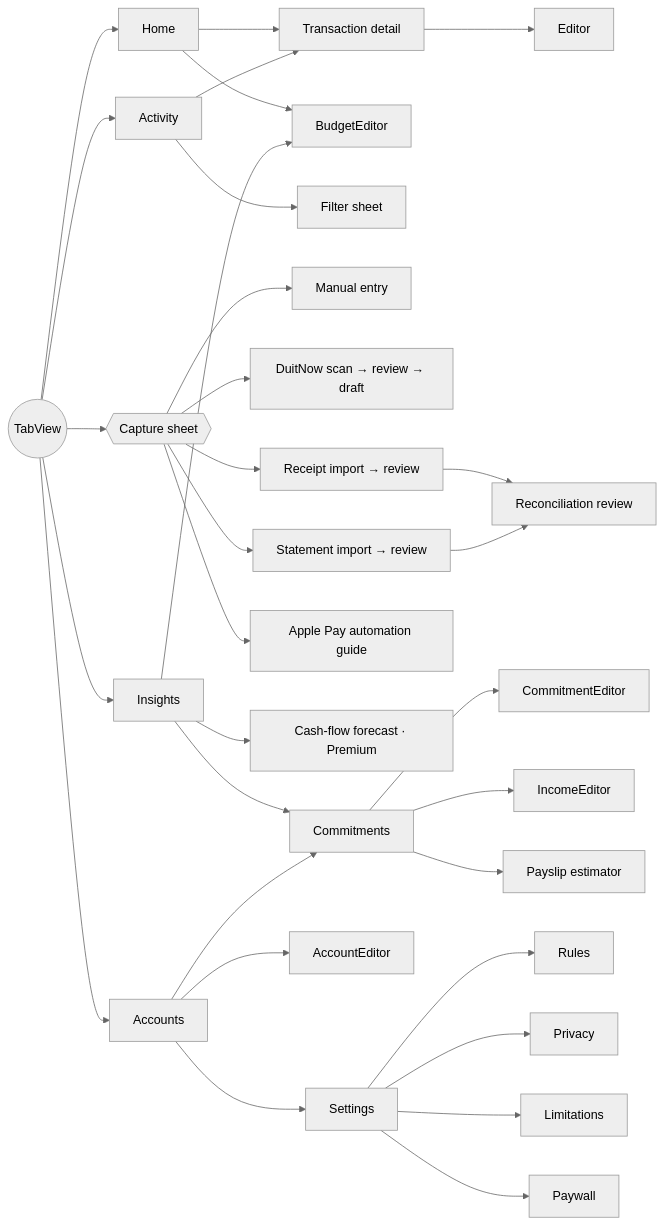
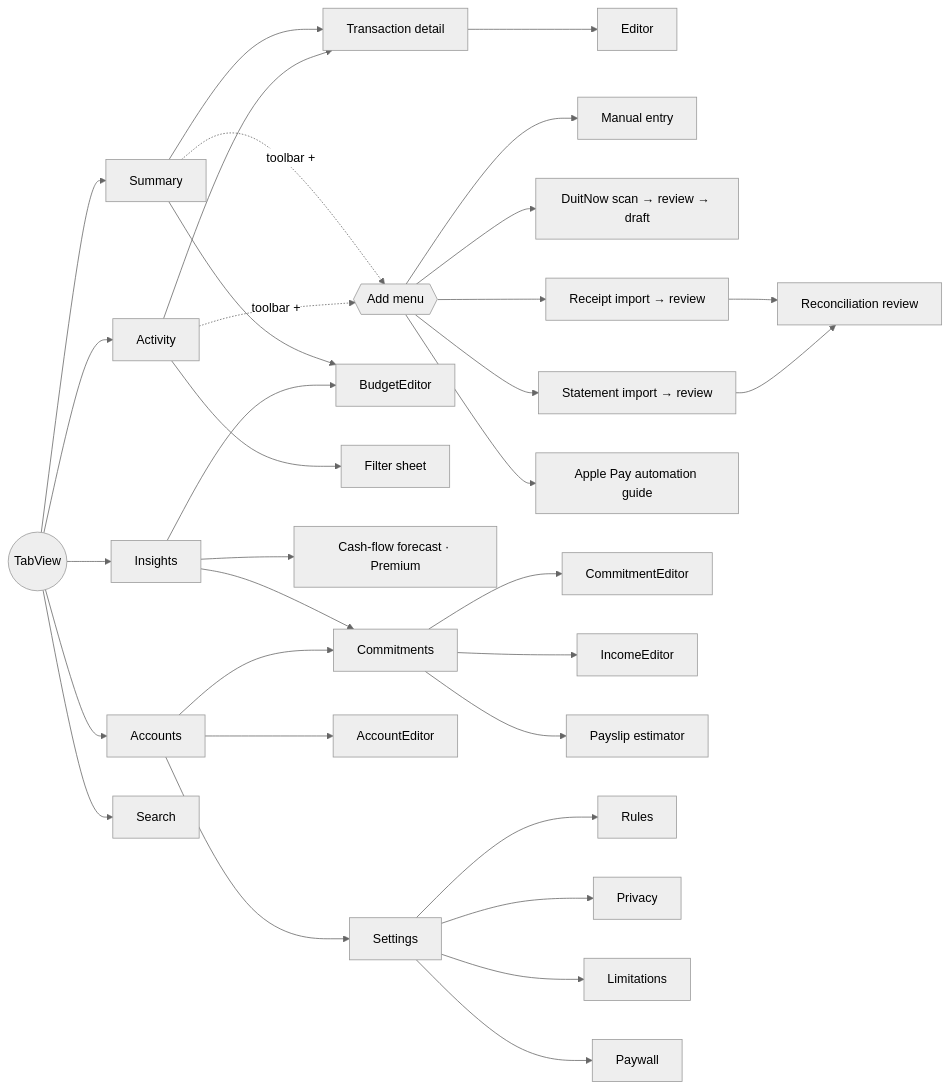
The diagram in docs/SCREENS.md (harsundeepwathan/az400), drawn with Mermaid (neutral theme) before and after one commit. The commit also changed other lines of this file and 24 other files, not shown here.

````diff
--- a/docs/SCREENS.md
+++ b/docs/SCREENS.md
@@ -5,25 +5,27 @@
 ```mermaid
 flowchart LR
-    Tabs((TabView)) --> Home
+    Tabs((TabView)) --> Home[Summary]
     Tabs --> Activity
-    Tabs --> Capture{{Capture sheet}}
     Tabs --> Insights
     Tabs --> Accounts
+    Tabs --> Search
+    Home -.->|"toolbar +"| Capture{{Add menu}}
+    Activity -.->|"toolbar +"| Capture
     Home --> TxDetail[Transaction detail] --> TxEdit[Editor]
     Home --> BudgetEditor
     Activity --> Filters[Filter sheet]
     Activity --> TxDetail
     Capture --> Manual[Manual entry]
     Capture --> Scan[DuitNow scan → review → draft]
     Capture --> Receipt[Receipt import → review]
     Capture --> Statement[Statement import → review]
     Capture --> Guide[Apple Pay automation guide]
     Receipt --> Recon[Reconciliation review]
     Statement --> Recon
     Insights --> BudgetEditor
     Insights --> CashFlow[Cash-flow forecast · Premium]
     Insights --> Commitments
     Accounts --> AccountEditor
     Accounts --> Commitments --> CommitmentEditor & IncomeEditor & Payroll[Payslip estimator]
     Accounts --> Settings --> Rules & Privacy & Limitations & Paywall
 ```
````
